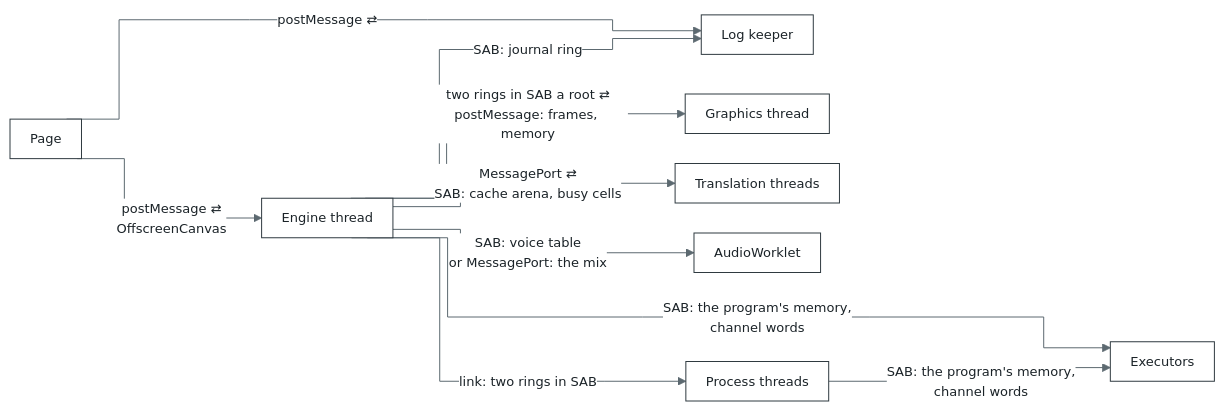
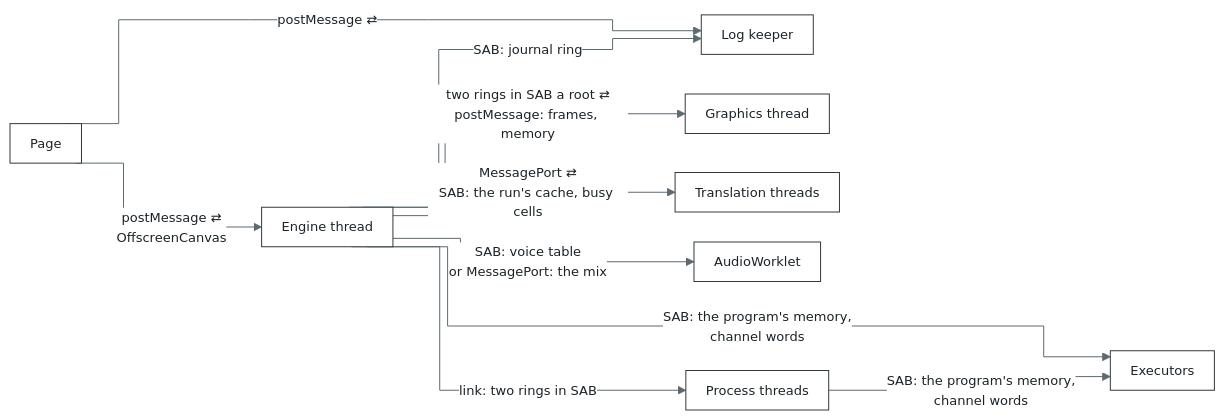
Before and after one commit to bottlify/bottlify: the second of 2 diagrams in docs/architecture/threads.md, drawn with Mermaid. The commit also changed 20 other files, not shown here.

````diff
--- a/docs/architecture/threads.md
+++ b/docs/architecture/threads.md
@@ -58,13 +58,13 @@
 ```mermaid
 %%{init: {"theme": "base", "flowchart": {"curve": "step", "nodeSpacing": 30, "rankSpacing": 70, "padding": 10}, "themeVariables": {"fontFamily": "Inter, Segoe UI, Helvetica, Arial, sans-serif", "fontSize": "13px", "primaryColor": "#FFFFFF", "primaryBorderColor": "#2F3A40", "primaryTextColor": "#1B2328", "lineColor": "#5C6970", "clusterBkg": "#F3F5F6", "clusterBorder": "#9AA6AC", "edgeLabelBackground": "#FFFFFF"}}}%%
 flowchart LR
   P["Page"] -->|"postMessage ⇄<br/>OffscreenCanvas"| E["Engine thread"]
   P -->|"postMessage ⇄"| K["Log keeper"]
   E -->|"SAB: journal ring"| K
   E -->|"two rings in SAB a root ⇄<br/>postMessage: frames, memory"| G["Graphics thread"]
-  E -->|"MessagePort ⇄<br/>SAB: cache arena, busy cells"| T["Translation threads"]
+  E -->|"MessagePort ⇄<br/>SAB: the run's cache, busy cells"| T["Translation threads"]
   E -->|"SAB: voice table<br/>or MessagePort: the mix"| A["AudioWorklet"]
   E -->|"link: two rings in SAB"| R["Process threads"]
   E -->|"SAB: the program's memory,<br/>channel words"| X["Executors"]
   R -->|"SAB: the program's memory,<br/>channel words"| X
 ```
````
